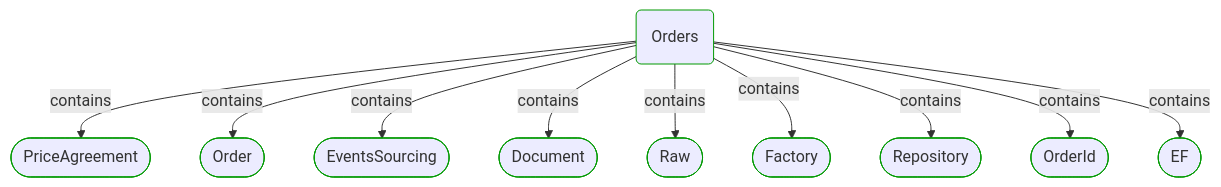
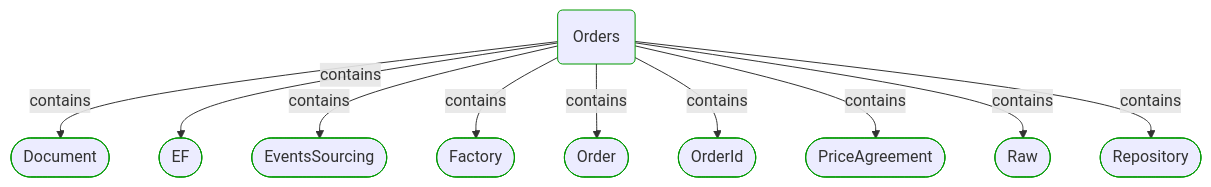
Before and after one commit to itlibrium/DDD-starter-dotnet: the third of 5 diagrams in Docs/P3/MermaidOutput/Modules/Sales/Orders/Orders.md, drawn with Mermaid. The commit also changed other lines of this file and 78 other files, not shown here.

````diff
--- a/Docs/P3/MermaidOutput/Modules/Sales/Orders/Orders.md
+++ b/Docs/P3/MermaidOutput/Modules/Sales/Orders/Orders.md
@@ -54,35 +54,35 @@
 ```mermaid
   flowchart TB
     0(Orders)
     class 0 DomainPerspective
-    1([PriceAgreement])
+    1([Document])
     class 1 DomainPerspective
     0-->|contains|1
-    2([Order])
+    2([EF])
     class 2 DomainPerspective
     0-->|contains|2
     3([EventsSourcing])
     class 3 DomainPerspective
     0-->|contains|3
-    4([Document])
+    4([Factory])
     class 4 DomainPerspective
     0-->|contains|4
-    5([Raw])
+    5([Order])
     class 5 DomainPerspective
     0-->|contains|5
-    6([Factory])
+    6([OrderId])
     class 6 DomainPerspective
     0-->|contains|6
-    7([Repository])
+    7([PriceAgreement])
     class 7 DomainPerspective
     0-->|contains|7
-    8([OrderId])
+    8([Raw])
     class 8 DomainPerspective
     0-->|contains|8
-    9([EF])
+    9([Repository])
     class 9 DomainPerspective
     0-->|contains|9
     classDef DomainPerspective stroke:#009900
     classDef TechnologyPerspective stroke:#1F41EB
     classDef PeoplePerspective stroke:#FFF014
 ```
````
